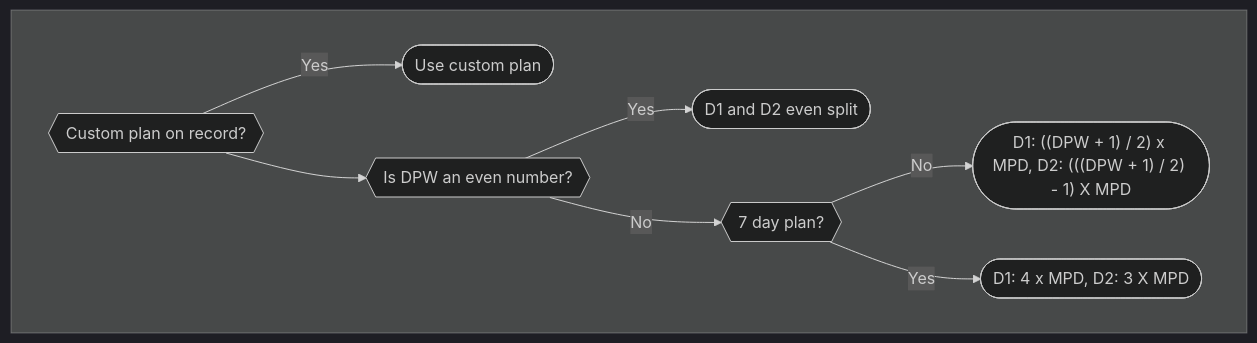
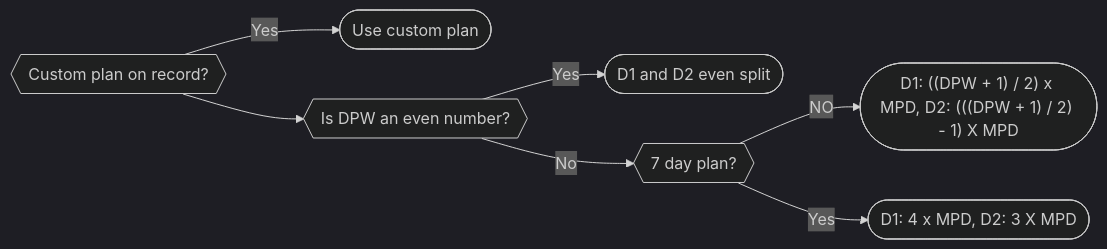
One commit to the-nutritionist-mcr/online changed the diagram in tnm-docs/docs/Application/Features/plan.md. Above: the diagram before and after it, drawn with Mermaid (dark theme).

Commit message:
fix flowchart

````diff
--- a/tnm-docs/docs/Application/Features/plan.md
+++ b/tnm-docs/docs/Application/Features/plan.md
@@ -33,12 +33,9 @@
 ```mermaid
-flowchart TD
-    subgraph Z[" "]
-        direction LR
-        A{{Custom plan on record?}}-->|Yes|B([Use custom plan])
-        A-->D{{Is DPW an even number?}}
-        D-->|Yes|E([D1 and D2 even split])
-        D-->|No|F{{7 day plan?}}
-        F-->|No|G(["D1: ((DPW + 1) / 2) x MPD, D2: (((DPW + 1) / 2) - 1) X MPD"])
-        F-->|Yes|H(["D1: 4 x MPD, D2: 3 X MPD"])
-    end
+flowchart LR
+    A{{Custom plan on record?}}-->|Yes|B([Use custom plan])
+    A-->D{{Is DPW an even number?}}
+    D-->|Yes|E([D1 and D2 even split])
+    D-->|No|F{{7 day plan?}}
+    F-->|NO|G(["D1: ((DPW + 1) / 2) x MPD, D2: (((DPW + 1) / 2) - 1) X MPD"])
+    F-->|Yes|H(["D1: 4 x MPD, D2: 3 X MPD"])
 ```
````
